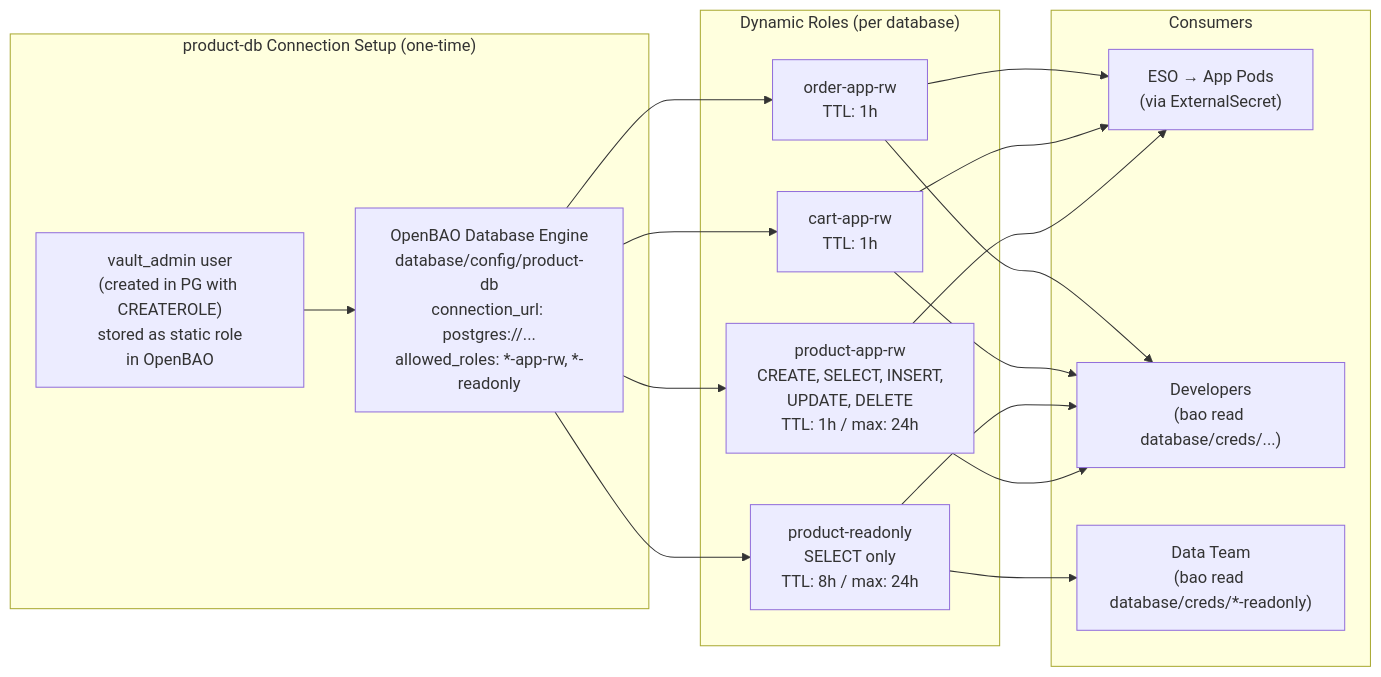
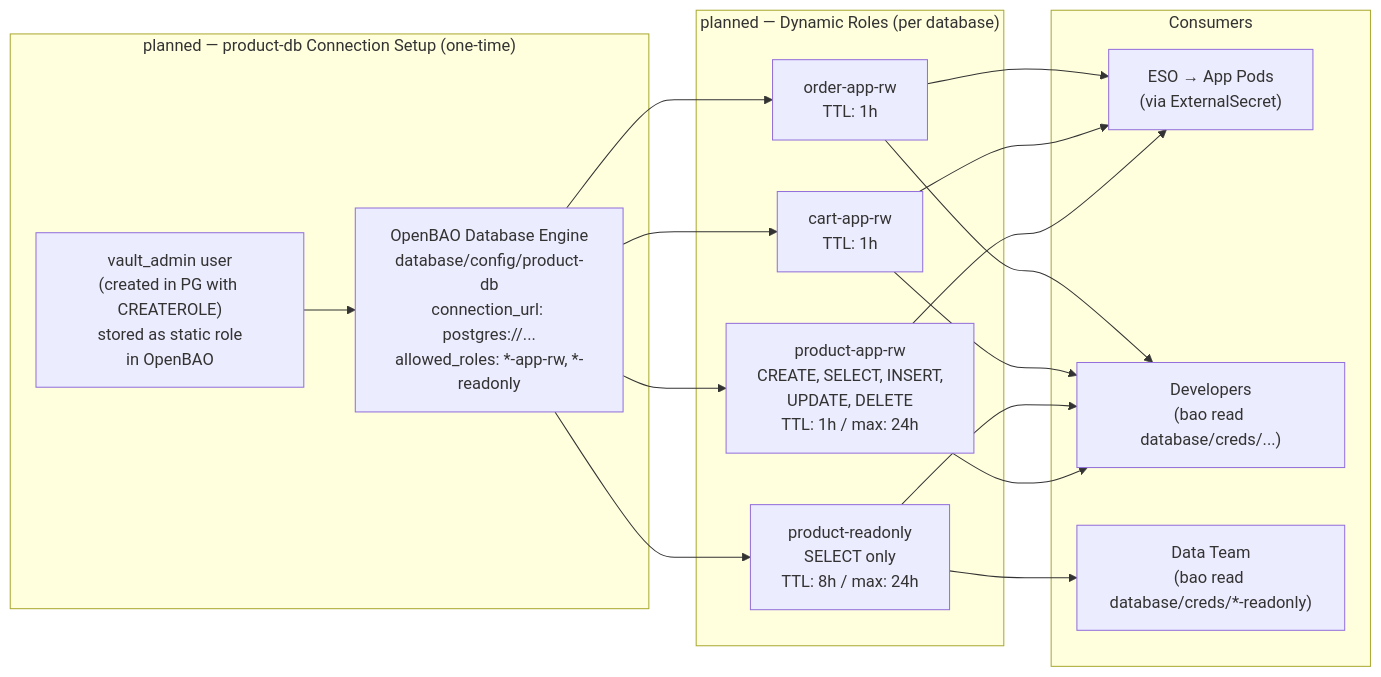
Before and after one commit to duynhlab/homelab: the tenth of 19 diagrams in docs/secrets/openbao.md, drawn with Mermaid. The commit also changed other lines of this file and 4 other files, not shown here.

First line of the commit message:
fix(docs): correct what the #1115 diagram review found

````diff
--- a/docs/secrets/openbao.md
+++ b/docs/secrets/openbao.md
@@ -522,26 +522,26 @@
 ```mermaid
 flowchart LR
-    subgraph cnpg_setup["product-db Connection Setup (one-time)"]
+    subgraph cnpg_setup["planned — product-db Connection Setup (one-time)"]
         vault_admin["vault_admin user\n(created in PG with CREATEROLE)\nstored as static role\nin OpenBAO"]
         db_engine["OpenBAO Database Engine\ndatabase/config/product-db\nconnection_url: postgres://...\nallowed_roles: *-app-rw, *-readonly"]
         vault_admin --> db_engine
     end
 
-    subgraph roles["Dynamic Roles (per database)"]
+    subgraph roles["planned — Dynamic Roles (per database)"]
         r1["product-app-rw\nCREATE, SELECT, INSERT,\nUPDATE, DELETE\nTTL: 1h / max: 24h"]
         r2["product-readonly\nSELECT only\nTTL: 8h / max: 24h"]
         r3["cart-app-rw\nTTL: 1h"]
         r4["order-app-rw\nTTL: 1h"]
     end
 
     subgraph consumers2["Consumers"]
         eso2["ESO → App Pods\n(via ExternalSecret)"]
         dev2["Developers\n(bao read database/creds/...)"]
         data2["Data Team\n(bao read database/creds/*-readonly)"]
     end
 
     db_engine --> r1 & r2 & r3 & r4
     r1 & r3 & r4 --> eso2
     r1 & r2 & r3 & r4 --> dev2
     r2 --> data2
 ```
````
